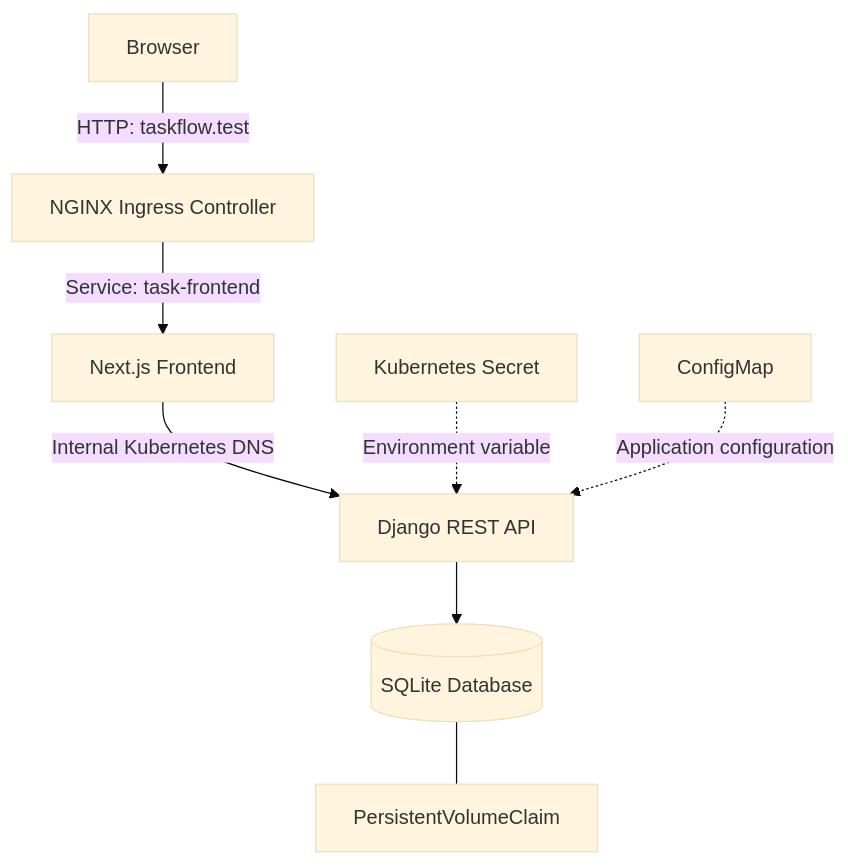
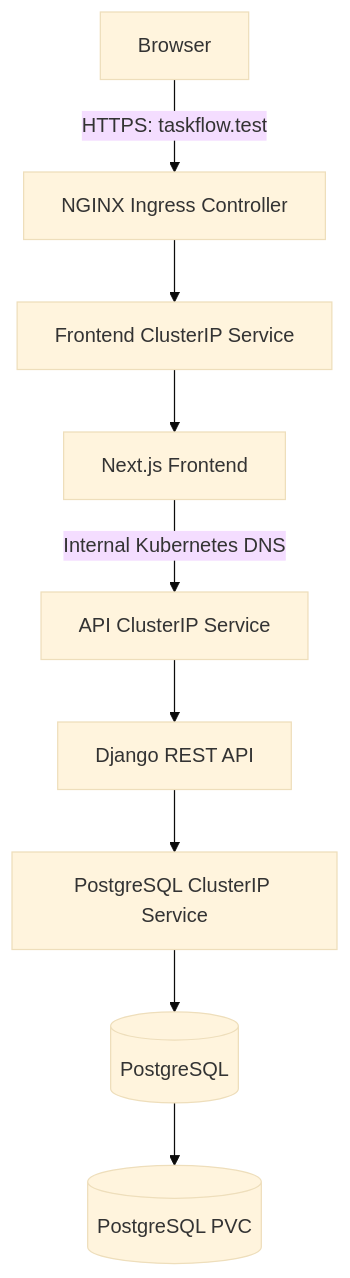
One commit to Daniel-Chacha/kubernetes-production-platform changed the first of 2 diagrams in README.md. Above: the diagram before and after it, drawn with Mermaid (base theme). The commit also changed other lines of this file and 7 other files, not shown here.

First line of the commit message:
docs: document Kubernetes platform architecture and operations

````diff
--- a/README.md
+++ b/README.md
@@ -45,19 +61,21 @@
 ```mermaid
 flowchart TD
     User[Browser]
     Ingress[NGINX Ingress Controller]
+    FrontendService[Frontend ClusterIP Service]
     Frontend[Next.js Frontend]
+    APIService[API ClusterIP Service]
     API[Django REST API]
-    DB[(SQLite Database)]
-    PVC[PersistentVolumeClaim]
-    Secret[Kubernetes Secret]
-    Config[ConfigMap]
+    PostgresService[PostgreSQL ClusterIP Service]
+    Postgres[(PostgreSQL)]
+    PostgresPVC[(PostgreSQL PVC)]
 
-    User -->|HTTP: taskflow.test| Ingress
-    Ingress -->|Service: task-frontend| Frontend
-    Frontend -->|Internal Kubernetes DNS| API
-    API --> DB
-    DB --- PVC
-    Secret -.->|Environment variable| API
-    Config -.->|Application configuration| API
+    User -->|HTTPS: taskflow.test| Ingress
+    Ingress --> FrontendService
+    FrontendService --> Frontend
+    Frontend -->|Internal Kubernetes DNS| APIService
+    APIService --> API
+    API --> PostgresService
+    PostgresService --> Postgres
+    Postgres --> PostgresPVC
 ```
````
